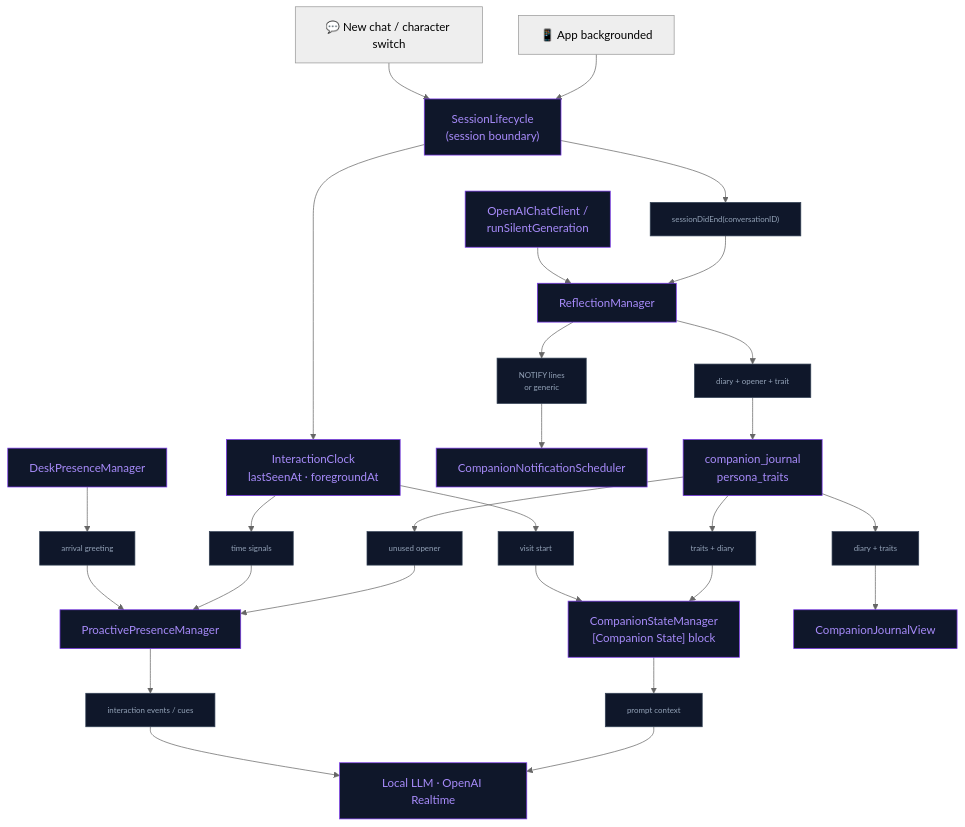
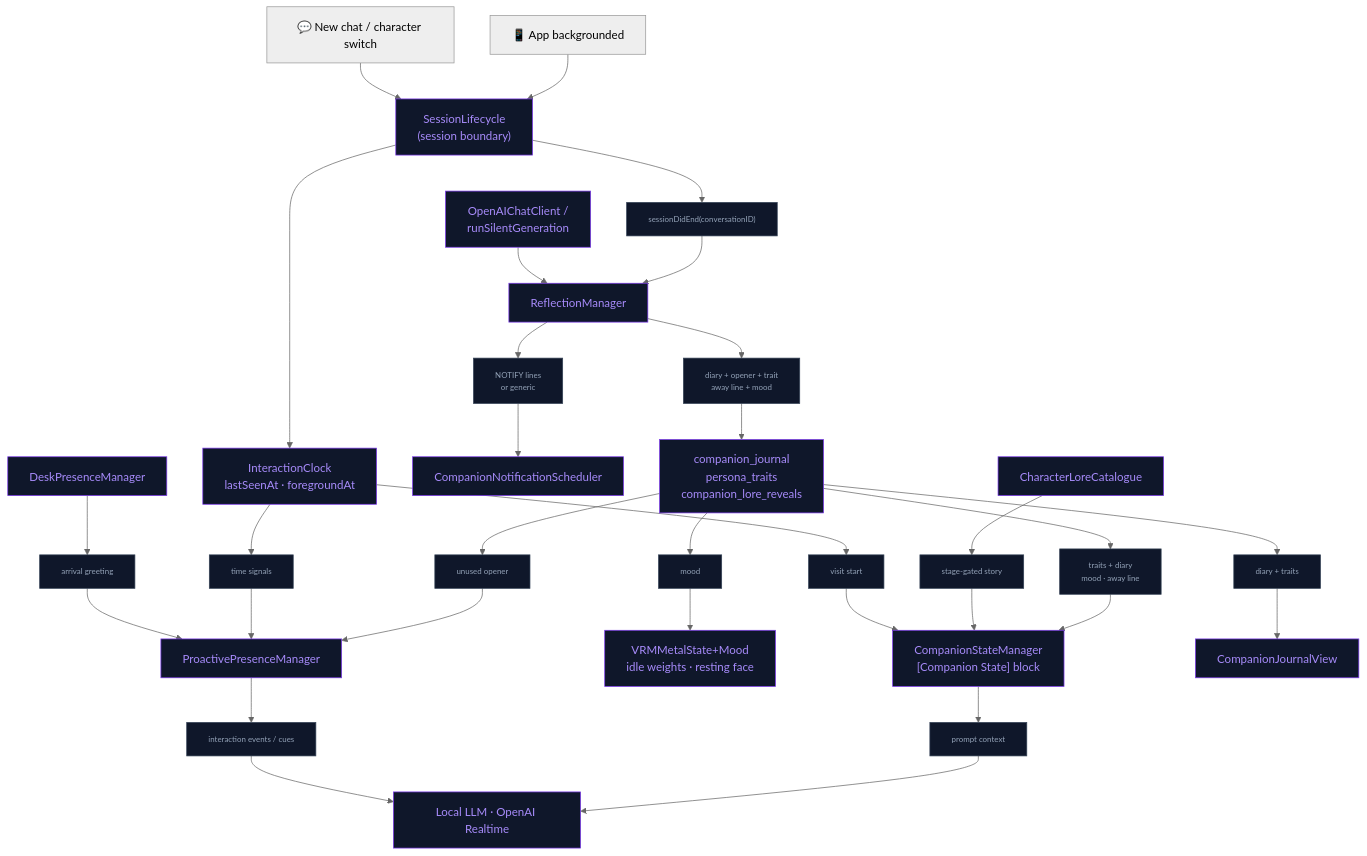
Before and after one commit to kevinliddel/NeuraLink: the first of 3 diagrams in docs/Companion/LIVING_COMPANION.md, drawn with Mermaid (neutral theme). The commit also changed other lines of this file and 24 other files, not shown here.

````diff
--- a/docs/Companion/LIVING_COMPANION.md
+++ b/docs/Companion/LIVING_COMPANION.md
@@ -612,32 +659,34 @@
 ```mermaid
 flowchart TD
     BG["📱 App backgrounded"] --> LC
     NEW["💬 New chat / character switch"] --> LC
 
     LC["SessionLifecycle<br/>(session boundary)"] --> CLK["InteractionClock<br/>lastSeenAt · foregroundAt"]
     LC --> D1["sessionDidEnd(conversationID)"] --> REFL["ReflectionManager"]
     HTTP["OpenAIChatClient /<br/>runSilentGeneration"] --> REFL
 
-    REFL --> D2["diary + opener + trait"] --> SQL["companion_journal<br/>persona_traits"]
+    REFL --> D2["diary + opener + trait<br/>away line + mood"] --> SQL["companion_journal<br/>persona_traits<br/>companion_lore_reveals"]
     REFL --> D3["NOTIFY lines<br/>or generic"] --> NOTIF["CompanionNotificationScheduler"]
 
-    SQL --> D4["traits + diary"] --> CSM["CompanionStateManager<br/>[Companion State] block"]
+    SQL --> D4["traits + diary<br/>mood · away line"] --> CSM["CompanionStateManager<br/>[Companion State] block"]
+    LORE["CharacterLoreCatalogue"] --> D12["stage-gated story"] --> CSM
+    SQL --> D13["mood"] --> BODY["VRMMetalState+Mood<br/>idle weights · resting face"]
     CLK --> D10["visit start"] --> CSM
     SQL --> D5["unused opener"] --> PPM["ProactivePresenceManager"]
     CLK --> D6["time signals"] --> PPM
     DESK["DeskPresenceManager"] --> D11["arrival greeting"] --> PPM
     SQL --> D7["diary + traits"] --> JUI["CompanionJournalView"]
 
     CSM --> D8["prompt context"] --> ENG["Local LLM · OpenAI Realtime"]
     PPM --> D9["interaction events / cues"] --> ENG
 
     %% Styles
     classDef core fill:#0f172a,stroke:#7c3aed,color:#a78bfa
     classDef decision fill:#1e293b,stroke:#94a3b8,color:#e2e8f0
 
-    class LC,CLK,REFL,HTTP,SQL,NOTIF,CSM,PPM,DESK,JUI,ENG core
+    class LC,CLK,REFL,HTTP,SQL,NOTIF,CSM,PPM,DESK,JUI,ENG,LORE,BODY core
 
     %% Data nodes (consistent system-wide)
     classDef data fill:#0f172a,stroke:#334155,color:#94a3b8,font-size:11px
-    class D1,D2,D3,D4,D5,D6,D7,D8,D9,D10,D11 data
+    class D1,D2,D3,D4,D5,D6,D7,D8,D9,D10,D11,D12,D13 data
 ```
````
